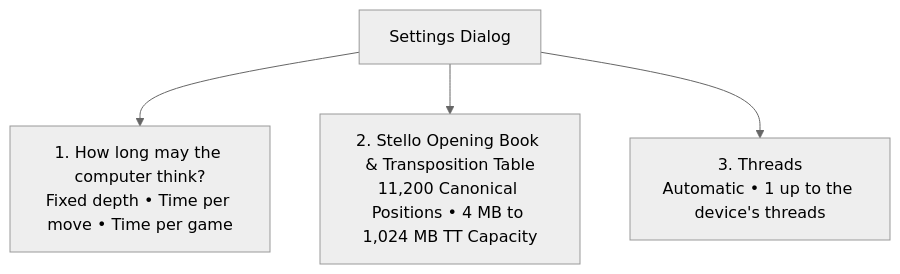
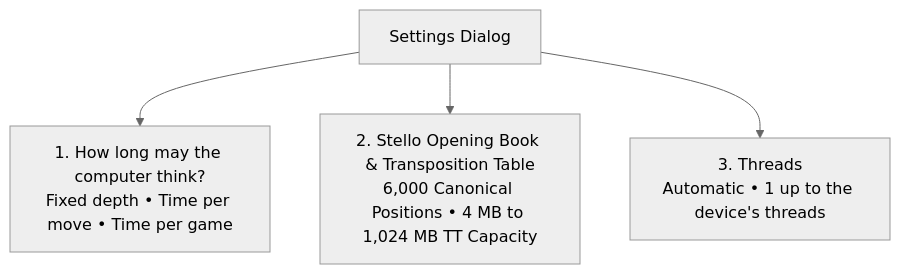
The second of 2 diagrams in docs/15-gui-and-settings.md (cjp-dev/Stello), drawn with Mermaid (neutral theme) before and after one commit. The commit also changed other lines of this file and 33 other files, not shown here.

````diff
--- a/docs/15-gui-and-settings.md
+++ b/docs/15-gui-and-settings.md
@@ -180,7 +180,7 @@
 ```mermaid
 graph TD
     Settings["Settings Dialog"]
     Settings --> Section1["1. How long may the computer think?<br/>Fixed depth • Time per move • Time per game"]
-    Settings --> Section2["2. Stello Opening Book &amp; Transposition Table<br/>11,200 Canonical Positions • 4 MB to 1,024 MB TT Capacity"]
+    Settings --> Section2["2. Stello Opening Book &amp; Transposition Table<br/>6,000 Canonical Positions • 4 MB to 1,024 MB TT Capacity"]
     Settings --> Section3["3. Threads<br/>Automatic • 1 up to the device's threads"]
 ```
````
